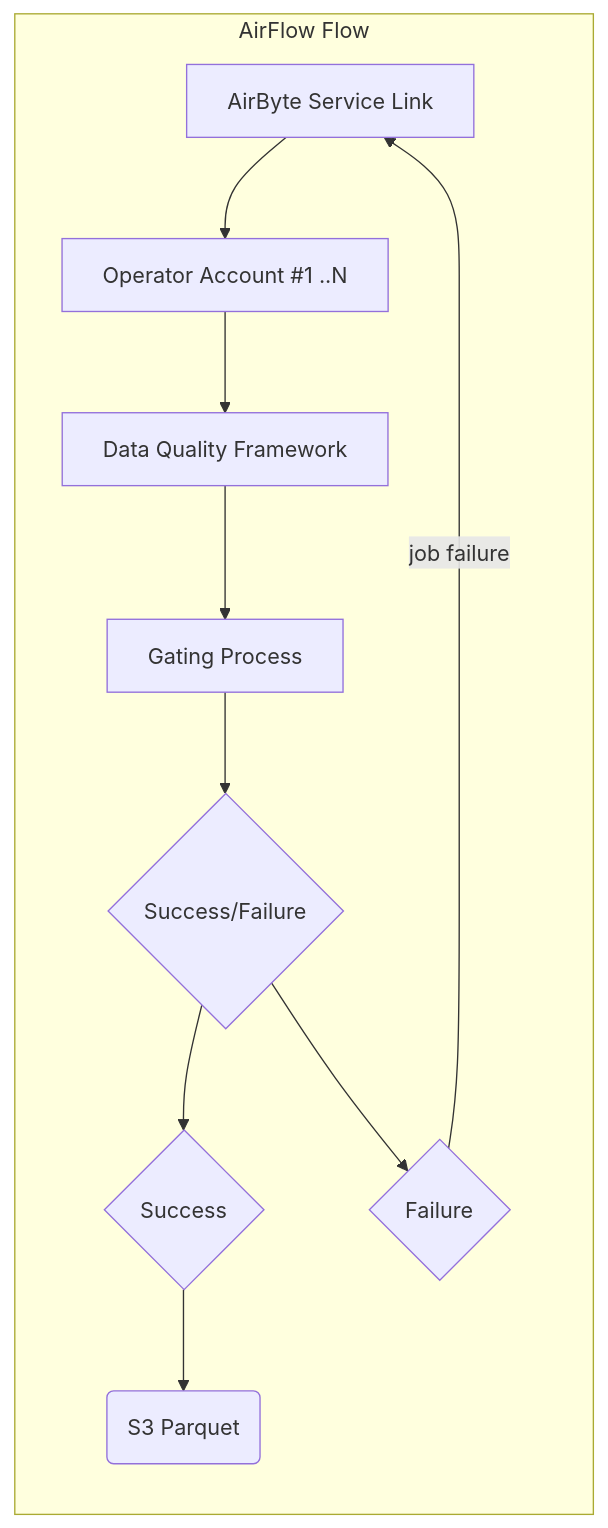
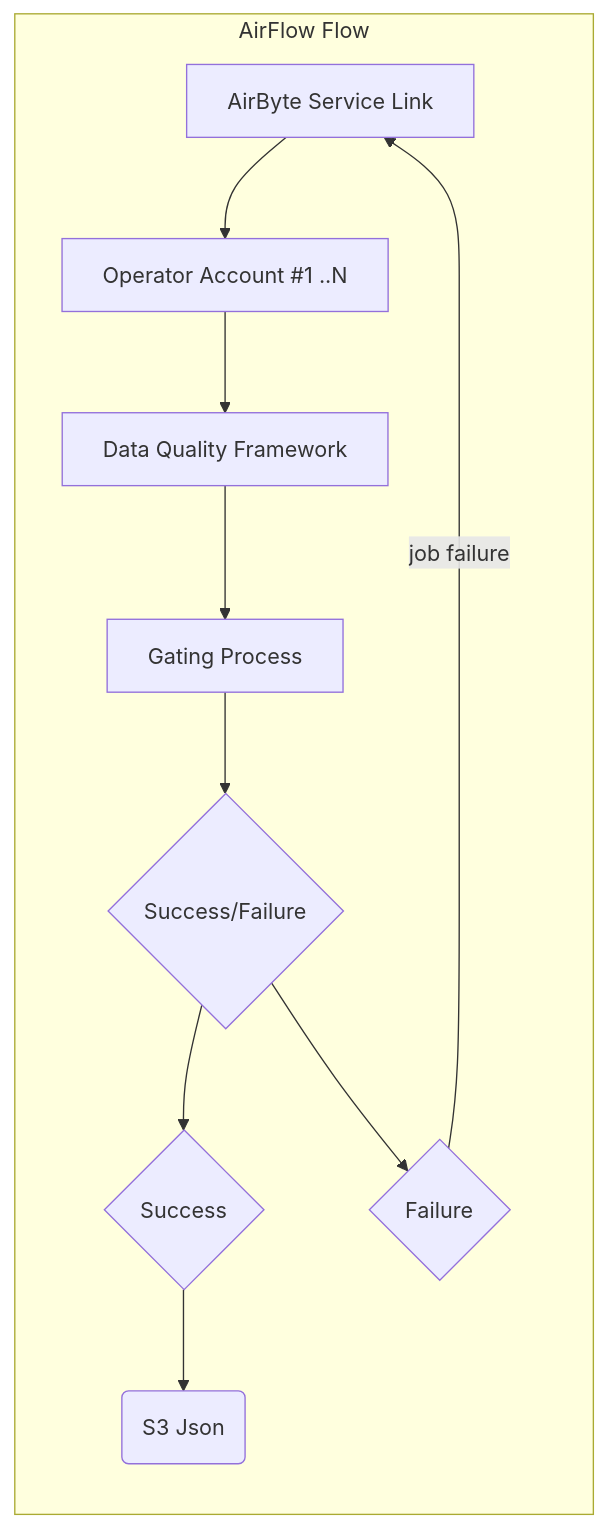
Before and after one commit to peddadap/design_templates: the sixth of 14 diagrams in README.md, drawn with Mermaid. The commit also changed other lines of this file and 2 other files, not shown here.

Commit message:
added recovery flows

````diff
--- a/README.md
+++ b/README.md
@@ -241,22 +241,22 @@
 ``` mermaid
 graph LR
     subgraph AirFlow Flow
         0[AirByte Service Link]
         1[Operator Account #1 ..N]
        
         5[Data Quality Framework]
         6[Gating Process]
         7{Success/Failure}
         8{Success}
         9{Failure}
-        10(S3 Parquet)
+        10(S3 Json)
         0-->1
         1-->5
         5-->6
         6-->7
         7-->8
         7-->9
         9-->|job failure|0
         8-->10
 end
 ```
````
